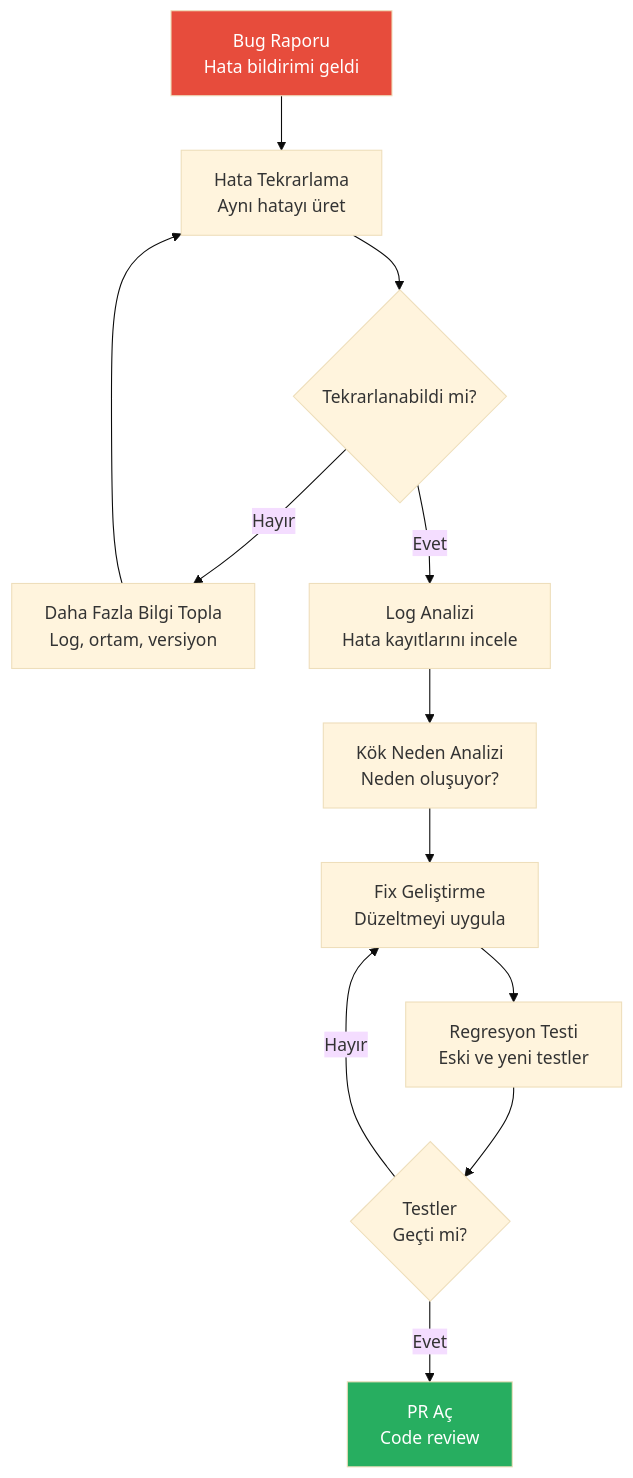
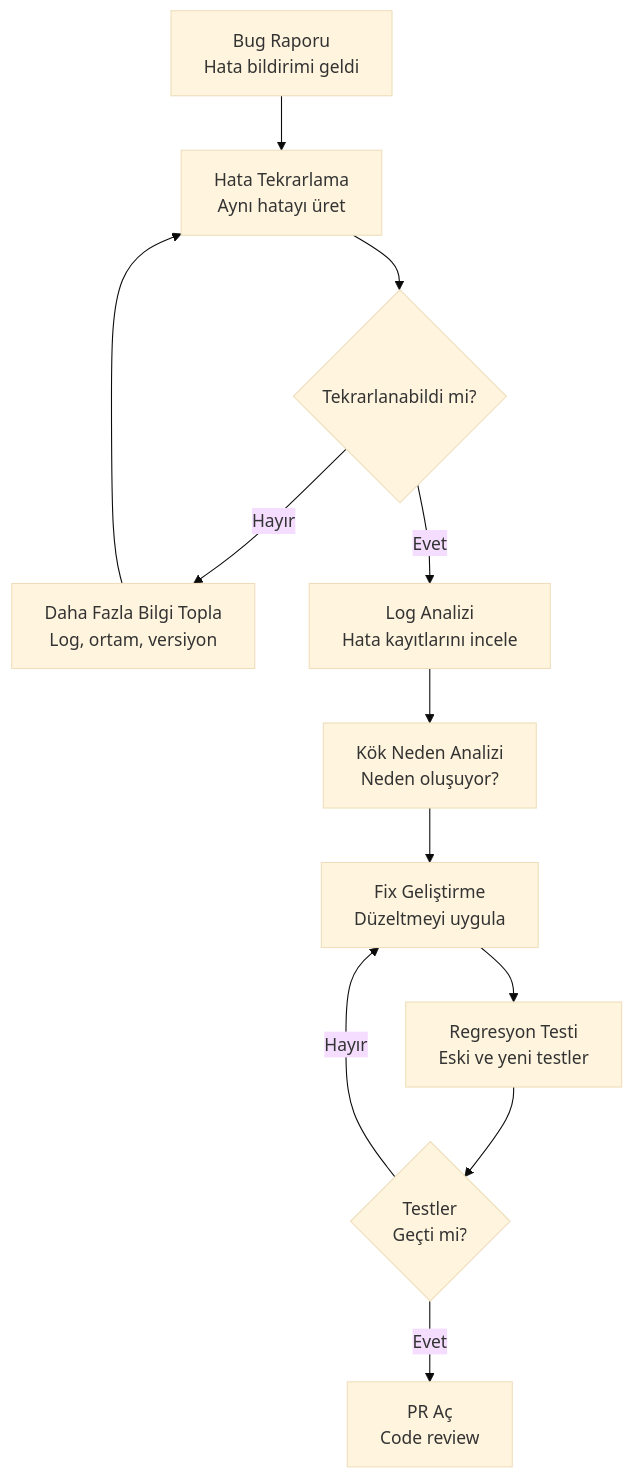
The first of 2 diagrams in 20-pratik-senaryolar/02-bug-duzeltme.md (IzzetYasinAtes/ClaudeCodeHandbook), drawn with Mermaid (base theme) before and after one commit. The commit also changed other lines of this file and 97 other files, not shown here.

Commit message:
Remove all custom Mermaid style/fill colors from 98 markdown files for consistent dark theme rendering

````diff
--- a/20-pratik-senaryolar/02-bug-duzeltme.md
+++ b/20-pratik-senaryolar/02-bug-duzeltme.md
@@ -18,17 +18,14 @@
 ```mermaid
 flowchart TD
     A["Bug Raporu<br/>Hata bildirimi geldi"] --> B["Hata Tekrarlama<br/>Aynı hatayı üret"]
     B --> C{"Tekrarlanabildi mi?"}
     C -->|Hayır| D["Daha Fazla Bilgi Topla<br/>Log, ortam, versiyon"]
     D --> B
     C -->|Evet| E["Log Analizi<br/>Hata kayıtlarını incele"]
     E --> F["Kök Neden Analizi<br/>Neden oluşuyor?"]
     F --> G["Fix Geliştirme<br/>Düzeltmeyi uygula"]
     G --> H["Regresyon Testi<br/>Eski ve yeni testler"]
     H --> I{"Testler<br/>Geçti mi?"}
     I -->|Hayır| G
     I -->|Evet| J["PR Aç<br/>Code review"]
-
-    style A fill:#E74C3C,color:#fff
-    style J fill:#27AE60,color:#fff
 ```
````
